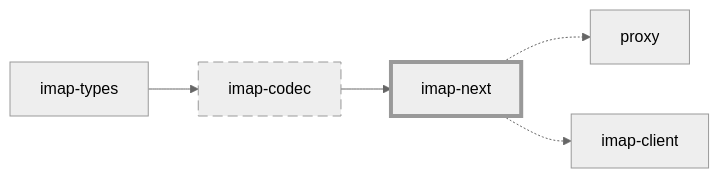
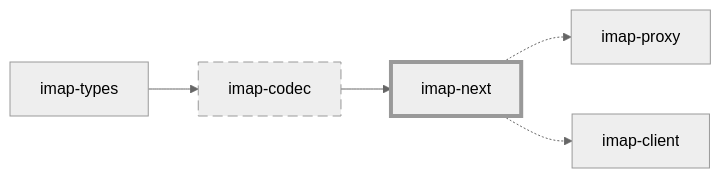
Before and after one commit to duesee/imap-next: the diagram in README.md, drawn with Mermaid. The commit also changed other lines of this file and 10 other files, not shown here.

````diff
--- a/README.md
+++ b/README.md
@@ -7,17 +7,17 @@
 ```mermaid
 %%{init: {'theme': 'neutral' } }%%
 flowchart LR
     imap-types --> imap-codec
     imap-codec --> imap-next
-    imap-next -.-> proxy
+    imap-next -.-> imap-proxy
     imap-next -.-> imap-client
     
     style imap-codec stroke-dasharray: 10 5
     style imap-next stroke-width:4px
     
     click imap-types href "https://github.com/duesee/imap-codec/tree/main/imap-types"
     click imap-codec href "https://github.com/duesee/imap-codec"
     click imap-next href "https://github.com/duesee/imap-next"
-    click proxy href "https://github.com/duesee/imap-next/tree/main/proxy"
+    click imap-proxy href "https://github.com/duesee/imap-proxy"
     click imap-client href "https://github.com/soywod/imap-client"
 ```
````
